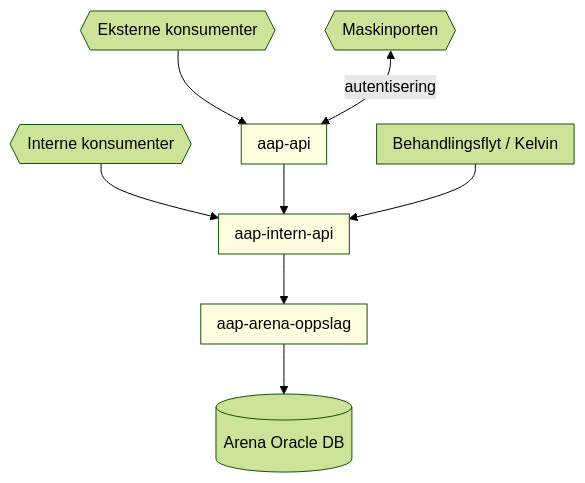
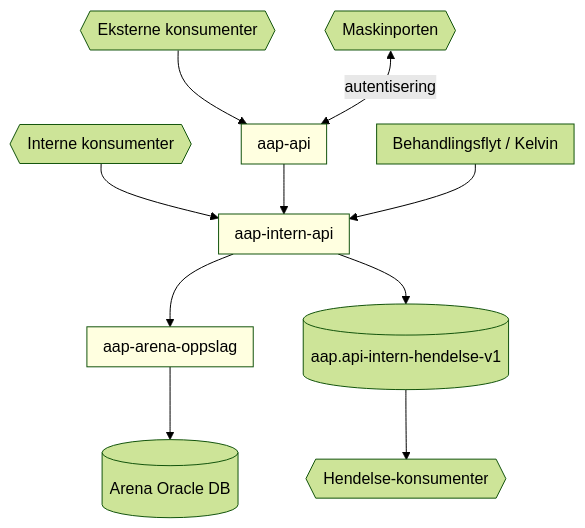
The diagram in docs/funksjonalitet/10_Datadeling/10_Datadeling.md (navikt/aap-intern-sysdok), drawn with Mermaid before and after one commit. The commit also changed other lines of this file, not shown here.

Commit message:
oppdaterer sysdoc med kafka info rundt api-intern

````diff
--- a/docs/funksjonalitet/10_Datadeling/10_Datadeling.md
+++ b/docs/funksjonalitet/10_Datadeling/10_Datadeling.md
@@ -13,42 +13,47 @@
 ```mermaid
 ---
 config:
   theme: forest
 ---
 flowchart TB
     subgraph aap-api
         direction TB
     end
     subgraph aap-intern-api
         direction TB
     end
     
     subgraph aap-arena-oppslag
         direction TB
     end
     
     subgraph behandlingsflyt [Behandlingsflyt / Kelvin ]
         direction TB
     end
     
     maskinporten{{ Maskinporten }}
     
     outside{{ Eksterne konsumenter }}
     interne{{ Interne konsumenter}}
     arena[( Arena Oracle DB )]
+    hendelsesTopic[( aap.api-intern-hendelse-v1 )]
+    hendelseKonsumenter{{ Hendelse-konsumenter }}
 
     outside --> aap-api
     interne --> aap-intern-api
     
     maskinporten <-- autentisering --> aap-api
     
     aap-api --> aap-intern-api
     aap-intern-api --> aap-arena-oppslag
     
     aap-arena-oppslag --> arena
     behandlingsflyt --> aap-intern-api
     
+    aap-intern-api --> hendelsesTopic
+    hendelsesTopic --> hendelseKonsumenter
+
     style aap-api fill:#FFFFE0
     style aap-intern-api fill:#FFFFE0
     style aap-arena-oppslag fill:#FFFFE0
 ```
````
